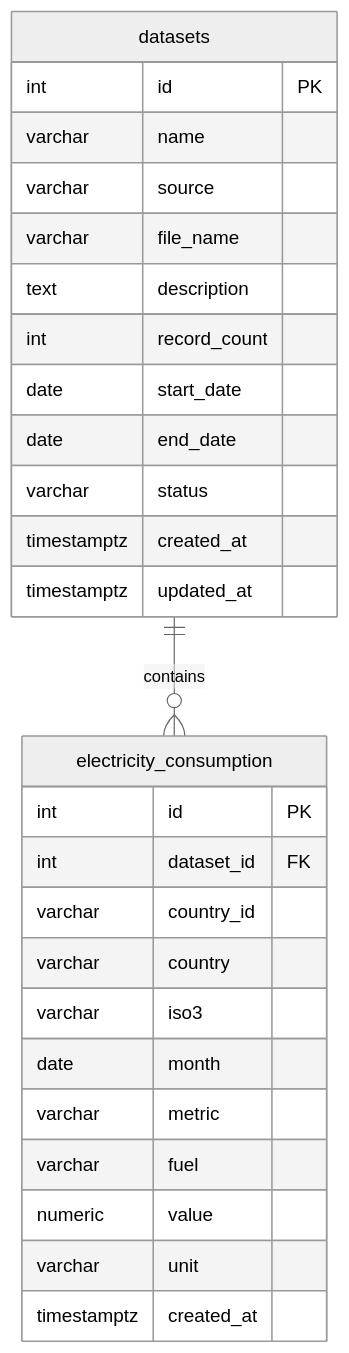
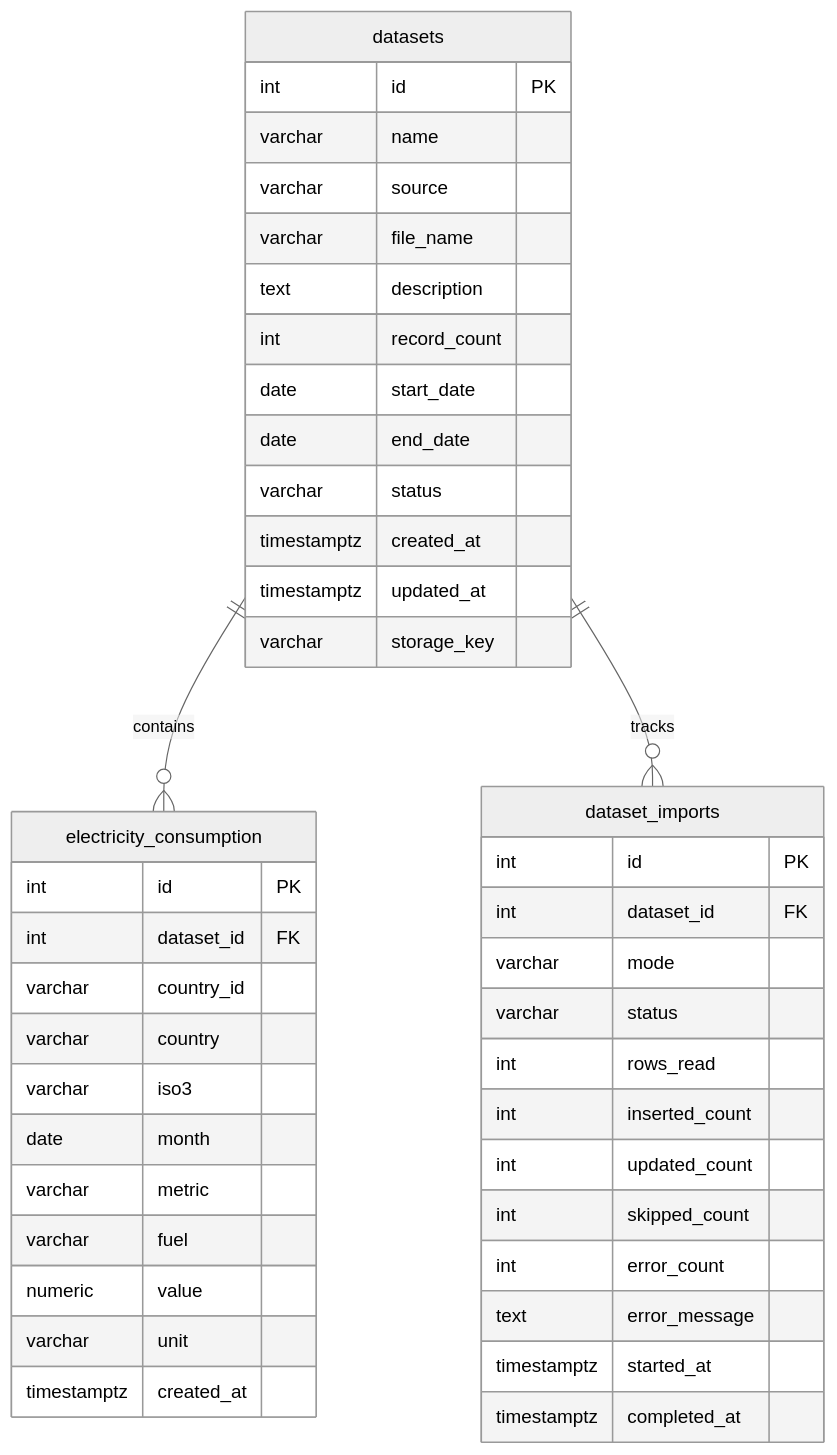
One commit to minhchinh595/126KDLKPDL-Nhom13 changed the second of 2 diagrams in docs/database-design.md. Above: the diagram before and after it, drawn with Mermaid (neutral theme). The commit also changed other lines of this file and 2 other files, not shown here.

````diff
--- a/docs/database-design.md
+++ b/docs/database-design.md
@@ -83,32 +56,48 @@
 ```mermaid
 erDiagram
     datasets ||--o{ electricity_consumption : contains
+    datasets ||--o{ dataset_imports : tracks
 
     datasets {
         int id PK
         varchar name
         varchar source
         varchar file_name
         text description
         int record_count
         date start_date
         date end_date
         varchar status
         timestamptz created_at
         timestamptz updated_at
+        varchar storage_key
     }
 
     electricity_consumption {
         int id PK
         int dataset_id FK
         varchar country_id
         varchar country
         varchar iso3
         date month
         varchar metric
         varchar fuel
         numeric value
         varchar unit
         timestamptz created_at
     }
+    dataset_imports {
+        int id PK
+        int dataset_id FK
+        varchar mode
+        varchar status
+        int rows_read
+        int inserted_count
+        int updated_count
+        int skipped_count
+        int error_count
+        text error_message
+        timestamptz started_at
+        timestamptz completed_at
+    }
 ```
````
